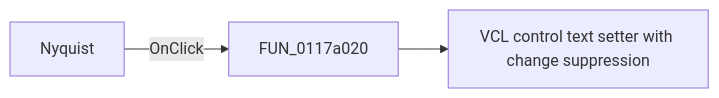
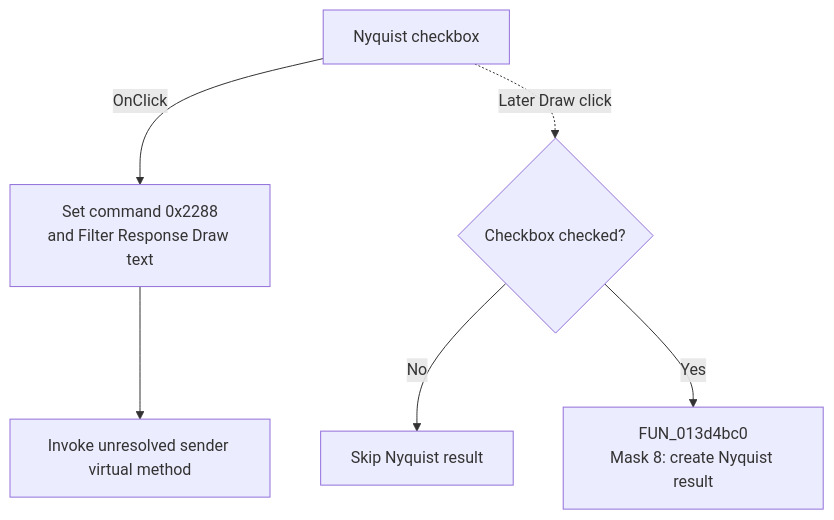
One commit to MovGP0/TIARA changed the diagram in docs/ui-controls/response-form1/nyquistcheckbox1-18decf5cdb.md. Above: the diagram before and after it, drawn with Mermaid. The commit also changed other lines of this file and 1062 other files, not shown here.

````diff
--- a/docs/ui-controls/response-form1/nyquistcheckbox1-18decf5cdb.md
+++ b/docs/ui-controls/response-form1/nyquistcheckbox1-18decf5cdb.md
@@ -27,5 +29,8 @@
 ```mermaid
-flowchart LR
-    control["Nyquist"] -->|OnClick| handler["FUN_0117a020"]
-    handler --> call1["VCL control text setter with change suppression"]
+flowchart TD
+    control["Nyquist checkbox"] -->|OnClick| context["Set command 0x2288<br/>and Filter Response Draw text"]
+    context --> virtual["Invoke unresolved sender virtual method"]
+    control -. "Later Draw click" .-> checked{"Checkbox checked?"}
+    checked -->|No| skip["Skip Nyquist result"]
+    checked -->|Yes| output["FUN_013d4bc0<br/>Mask 8: create Nyquist result"]
 ```
````
